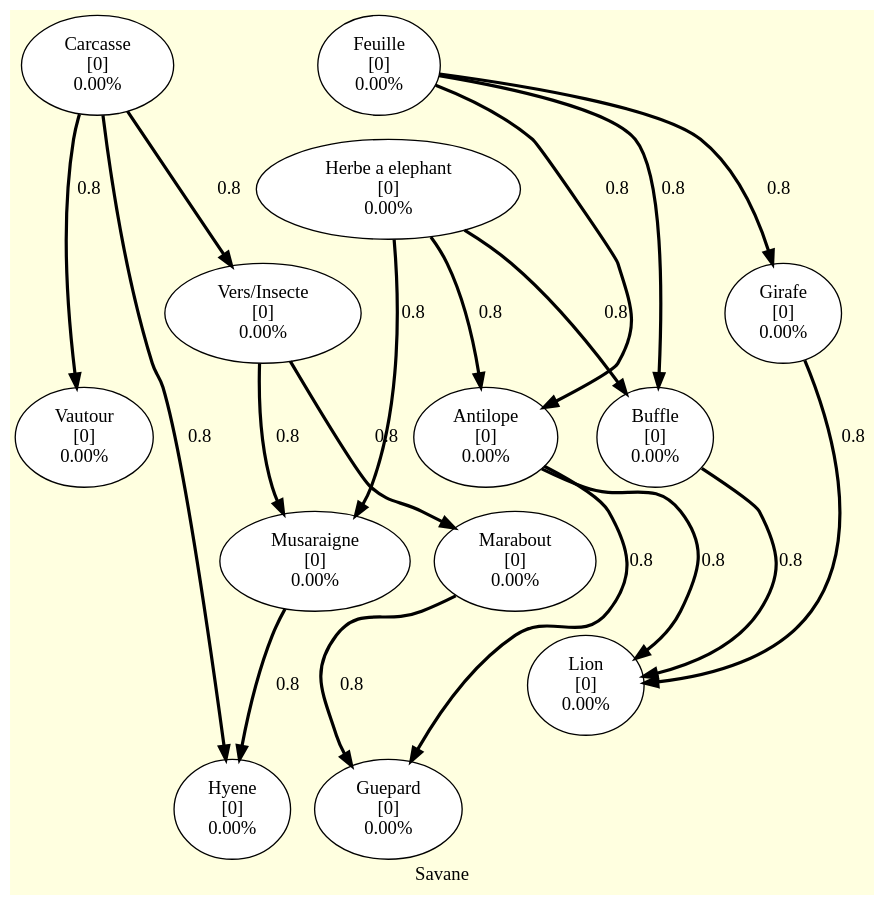
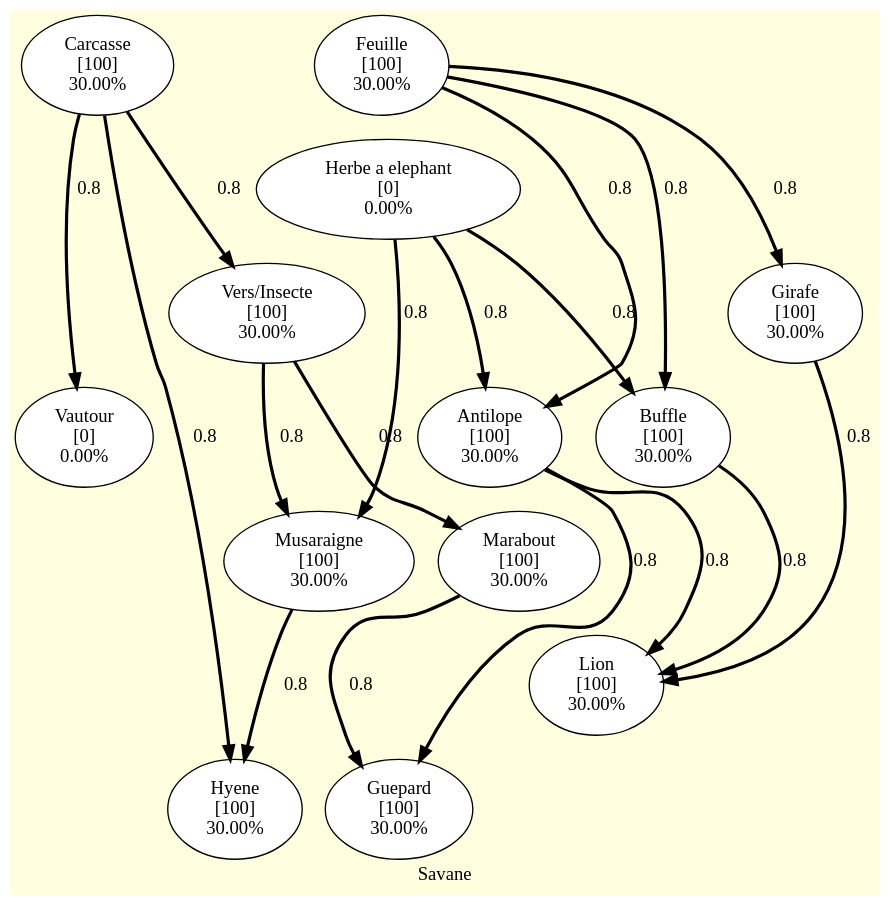
One commit to GTHBgaby/4H-ReseauxTrophiques changed the diagram in GrapheDOT/Savane.dot. Above: the diagram before and after it, drawn with Graphviz. The commit also changed 3 other files, not shown here.

```diff
--- a/GrapheDOT/Savane.dot
+++ b/GrapheDOT/Savane.dot
@@ -1,65 +1,65 @@
 digraph multigraphe {
     rankdir=TB; // du haut vers le bas
     compound=true;
     newrank=true;
 
     label = "Savane";
     bgcolor = "lightyellow";
     node [shape=ellipse, style=filled, fillcolor=white];
 
-    "Musaraigne" [label="Musaraigne\n[0]\n0.00%"]
+    "Musaraigne" [label="Musaraigne\n[100]\n30.00%"]
     "Herbe a elephant" [label="Herbe a elephant\n[0]\n0.00%"]
-    "Antilope" [label="Antilope\n[0]\n0.00%"]
-    "Buffle" [label="Buffle\n[0]\n0.00%"]
-    "Feuille" [label="Feuille\n[0]\n0.00%"]
-    "Girafe" [label="Girafe\n[0]\n0.00%"]
-    "Vers/Insecte" [label="Vers/Insecte\n[0]\n0.00%"]
-    "Carcasse" [label="Carcasse\n[0]\n0.00%"]
-    "Hyene" [label="Hyene\n[0]\n0.00%"]
+    "Antilope" [label="Antilope\n[100]\n30.00%"]
+    "Buffle" [label="Buffle\n[100]\n30.00%"]
+    "Feuille" [label="Feuille\n[100]\n30.00%"]
+    "Girafe" [label="Girafe\n[100]\n30.00%"]
+    "Vers/Insecte" [label="Vers/Insecte\n[100]\n30.00%"]
+    "Carcasse" [label="Carcasse\n[100]\n30.00%"]
+    "Hyene" [label="Hyene\n[100]\n30.00%"]
     "Vautour" [label="Vautour\n[0]\n0.00%"]
-    "Marabout" [label="Marabout\n[0]\n0.00%"]
-    "Guepard" [label="Guepard\n[0]\n0.00%"]
-    "Lion" [label="Lion\n[0]\n0.00%"]
+    "Marabout" [label="Marabout\n[100]\n30.00%"]
+    "Guepard" [label="Guepard\n[100]\n30.00%"]
+    "Lion" [label="Lion\n[100]\n30.00%"]
 
     // Relations
     "Herbe a elephant"->"Musaraigne" [label="0.8", weight=0.8, penwidth=2.4]
     "Herbe a elephant"->"Antilope" [label="0.8", weight=0.8, penwidth=2.4]
     "Herbe a elephant"->"Buffle" [label="0.8", weight=0.8, penwidth=2.4]
 
     "Feuille"->"Antilope" [label="0.8", weight=0.8, penwidth=2.4]
     "Feuille"->"Buffle" [label="0.8", weight=0.8, penwidth=2.4]
     "Feuille"->"Girafe" [label="0.8", weight=0.8, penwidth=2.4]
 
     "Carcasse"->"Vers/Insecte" [label="0.8", weight=0.8, penwidth=2.4]
     "Carcasse"->"Hyene" [label="0.8", weight=0.8, penwidth=2.4]
     "Carcasse" ->"Vautour" [label="0.8", weight=0.8, penwidth=2.4]
 
     "Vers/Insecte" ->"Marabout" [label="0.8", weight=0.8, penwidth=2.4]
     "Vers/Insecte"->"Musaraigne" [label="0.8", weight=0.8, penwidth=2.4]
 
     "Marabout" ->"Guepard" [label="0.8", weight=0.8, penwidth=2.4]
 
     "Musaraigne"->"Hyene" [label="0.8", weight=0.8, penwidth=2.4]
 
     "Antilope"->"Guepard" [label="0.8", weight=0.8, penwidth=2.4]
     "Antilope" ->"Lion" [label="0.8", weight=0.8, penwidth=2.4]
 
     "Buffle" ->"Lion" [label="0.8", weight=0.8, penwidth=2.4]
 
     "Girafe" ->"Lion" [label="0.8", weight=0.8, penwidth=2.4]
 
    // Force la disposition
     {rank=same; "Herbe a elephant"}
     {rank=same; Feuille}
     {rank=same; Carcasse}
     {rank=same; "Vers/Insecte"}
     {rank=same; Marabout}
     {rank=same; Musaraigne}
     {rank=same; Antilope}
     {rank=same; Buffle}
     {rank=same; Girafe}
     {rank=same; Hyene}
     {rank=same; Guepard}
     {rank=same; Lion}
     {rank=same; Vautour}
 }
```
